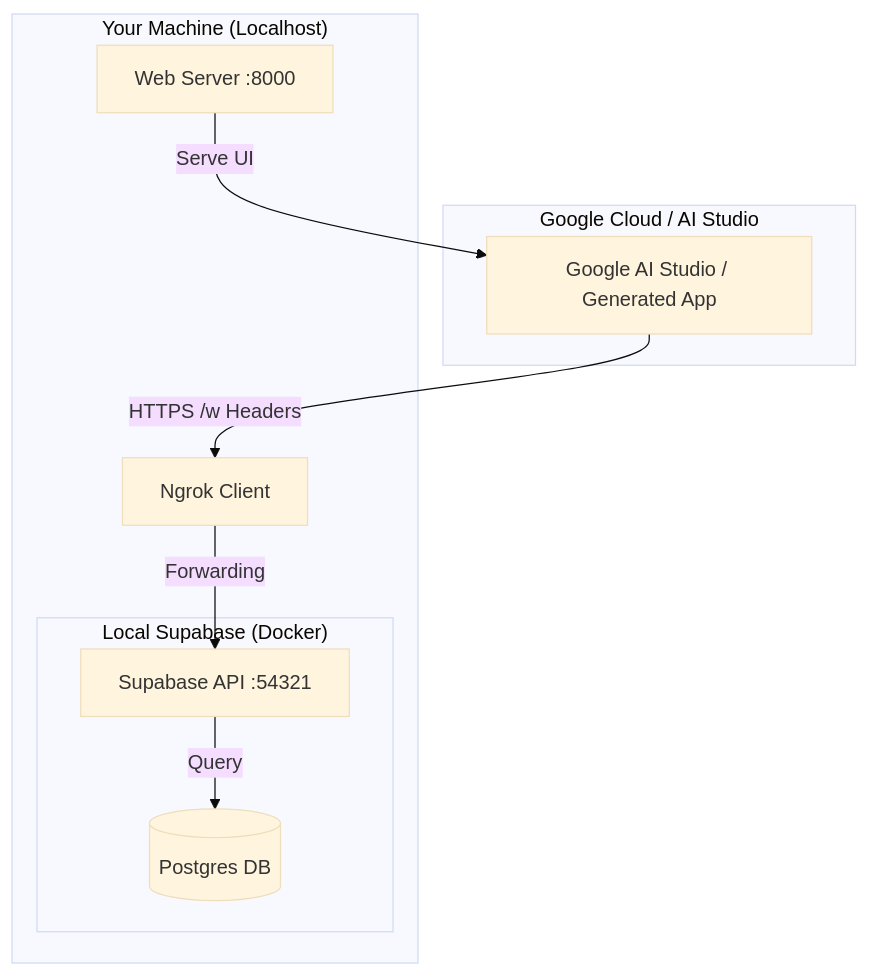
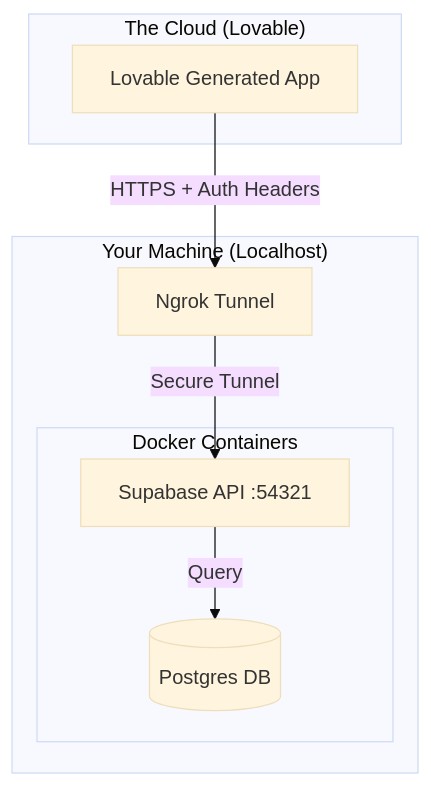
Before and after one commit to 02mehul/local-ai-studio-ngrok-demo: the diagram in README.md, drawn with Mermaid (base theme). The commit also changed other lines of this file and 3 other files, not shown here.

````diff
--- a/README.md
+++ b/README.md
@@ -139,21 +99,19 @@
 ```mermaid
 graph TD
-    subgraph "Google Cloud / AI Studio"
-        AI[Google AI Studio / Generated App]
+    subgraph "The Cloud (Lovable)"
+        AI[Lovable Generated App]
     end
 
     subgraph "Your Machine (Localhost)"
-        Ngrok[Ngrok Client]
-        Web[Web Server :8000]
+        Ngrok[Ngrok Tunnel]
         
-        subgraph "Local Supabase (Docker)"
+        subgraph "Docker Containers"
             API[Supabase API :54321]
             DB[(Postgres DB)]
         end
     end
 
-    AI -- "HTTPS /w Headers" --> Ngrok
-    Ngrok -- "Forwarding" --> API
+    AI -- "HTTPS + Auth Headers" --> Ngrok
+    Ngrok -- "Secure Tunnel" --> API
     API -- "Query" --> DB
-    Web -- "Serve UI" --> AI
 ```
````
